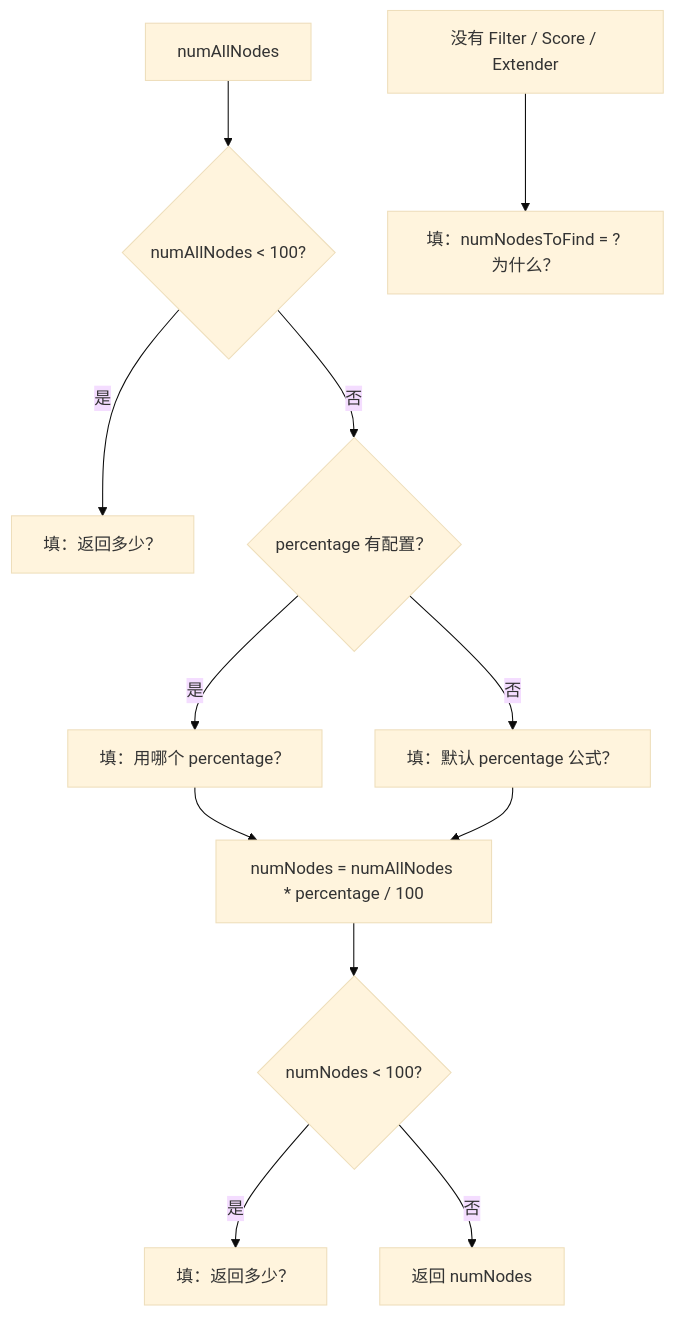
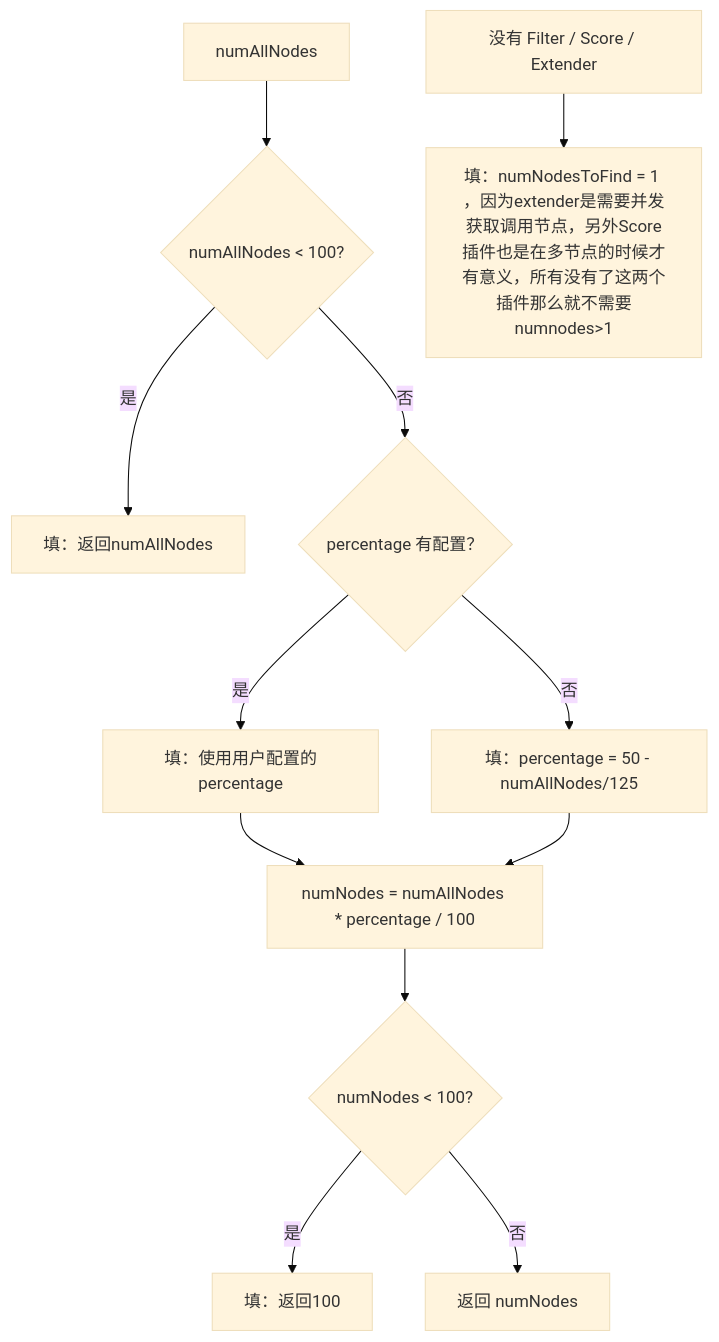
One commit to 664182893/scheduler changed the ninth of 11 diagrams in docs/worksheet-T1-1-flowchart.md. Above: the diagram before and after it, drawn with Mermaid (base theme).

Commit message:
Fill numFeasibleNodesToFind prompts in flowchart worksheet

````diff
--- a/docs/worksheet-T1-1-flowchart.md
+++ b/docs/worksheet-T1-1-flowchart.md
@@ -257,14 +257,14 @@
 ```mermaid
 graph TD
   A["numAllNodes"] --> B{"numAllNodes < 100?"}
-  B -->|"是"| C["填：返回多少？"]
+  B -->|"是"| C["填：返回numAllNodes"]
   B -->|"否"| D{"percentage 有配置？"}
-  D -->|"是"| E["填：用哪个 percentage？"]
-  D -->|"否"| F["填：默认 percentage 公式？"]
+  D -->|"是"| E["填：使用用户配置的percentage"]
+  D -->|"否"| F["填：percentage = 50 - numAllNodes/125"]
   E --> G["numNodes = numAllNodes * percentage / 100"]
   F --> G
   G --> H{"numNodes < 100?"}
-  H -->|"是"| I["填：返回多少？"]
+  H -->|"是"| I["填：返回100"]
   H -->|"否"| J["返回 numNodes"]
-  K["没有 Filter / Score / Extender"] --> L["填：numNodesToFind = ? 为什么？"]
+  K["没有 Filter / Score / Extender"] --> L["填：numNodesToFind = 1 ，因为extender是需要并发获取调用节点，另外Score插件也是在多节点的时候才有意义，所有没有了这两个插件那么就不需要numnodes>1"]
 ```
````
